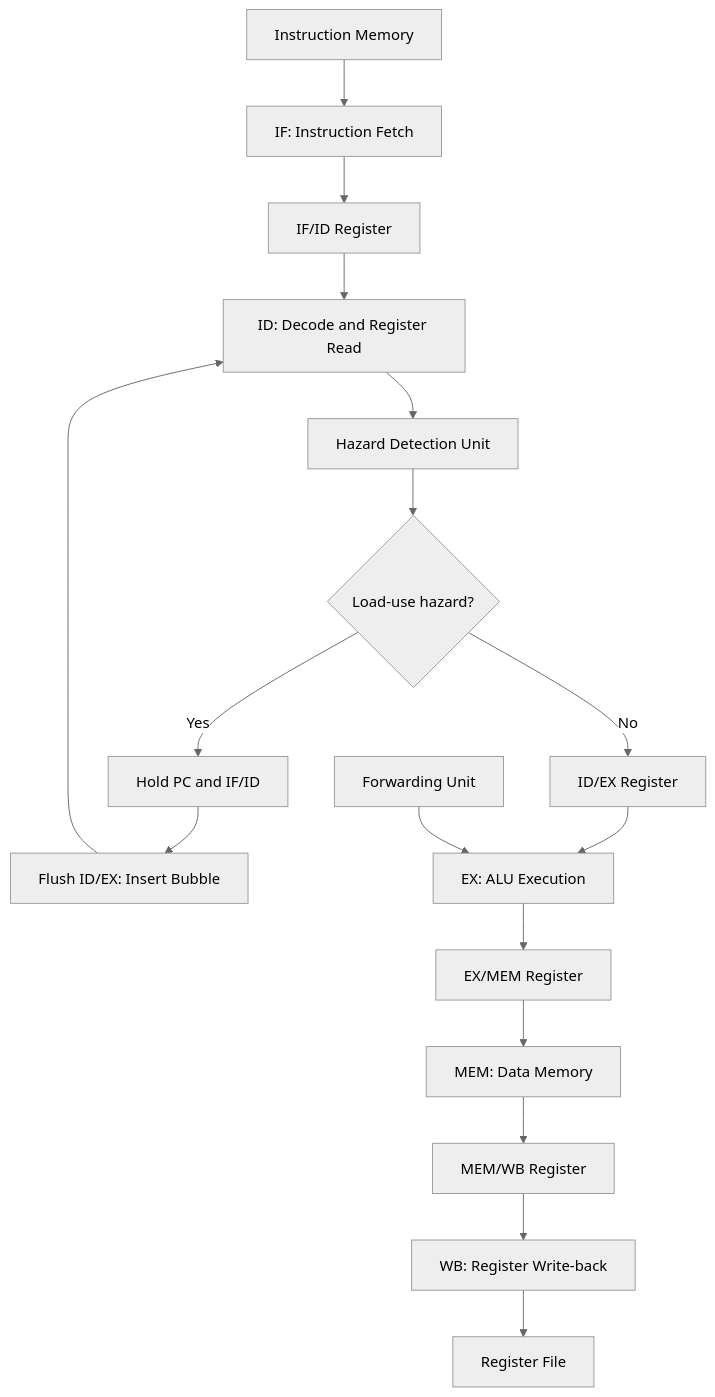
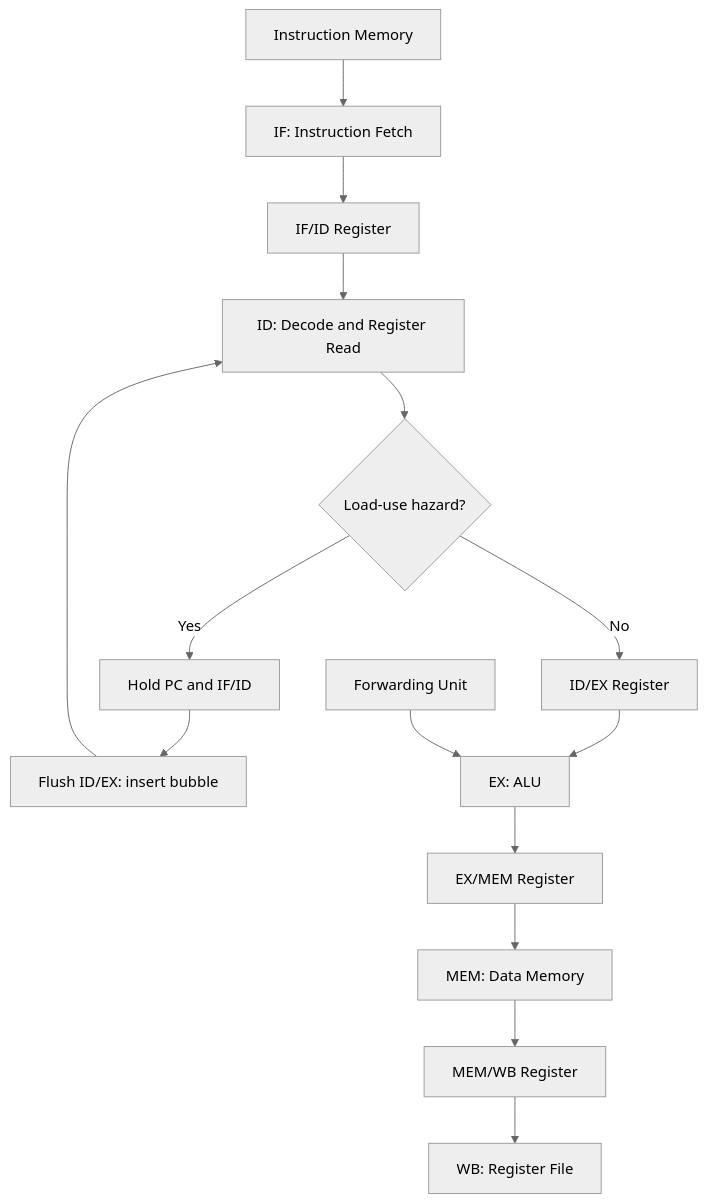
One commit to Suhaani-19/HitOrMiss changed the diagram in README.md. Above: the diagram before and after it, drawn with Mermaid (neutral theme). The commit also changed other lines of this file, not shown here.

````diff
--- a/README.md
+++ b/README.md
@@ -194,19 +86,17 @@
 ```mermaid
 flowchart TD
     A["Instruction Memory"] --> B["IF: Instruction Fetch"]
     B --> C["IF/ID Register"]
     C --> D["ID: Decode and Register Read"]
-    D --> E["Hazard Detection Unit"]
-    E --> F{"Load-use hazard?"}
-    F -->|Yes| G["Hold PC and IF/ID"]
-    G --> H["Flush ID/EX: Insert Bubble"]
+    D --> E{"Load-use hazard?"}
+    E -->|Yes| G["Hold PC and IF/ID"]
+    G --> H["Flush ID/EX: insert bubble"]
     H --> D
-    F -->|No| I["ID/EX Register"]
-    I --> J["EX: ALU Execution"]
+    E -->|No| I["ID/EX Register"]
+    I --> J["EX: ALU"]
     K["Forwarding Unit"] --> J
     J --> L["EX/MEM Register"]
     L --> M["MEM: Data Memory"]
     M --> N["MEM/WB Register"]
-    N --> O["WB: Register Write-back"]
-    O --> P["Register File"]
+    N --> O["WB: Register File"]
 ```
````
